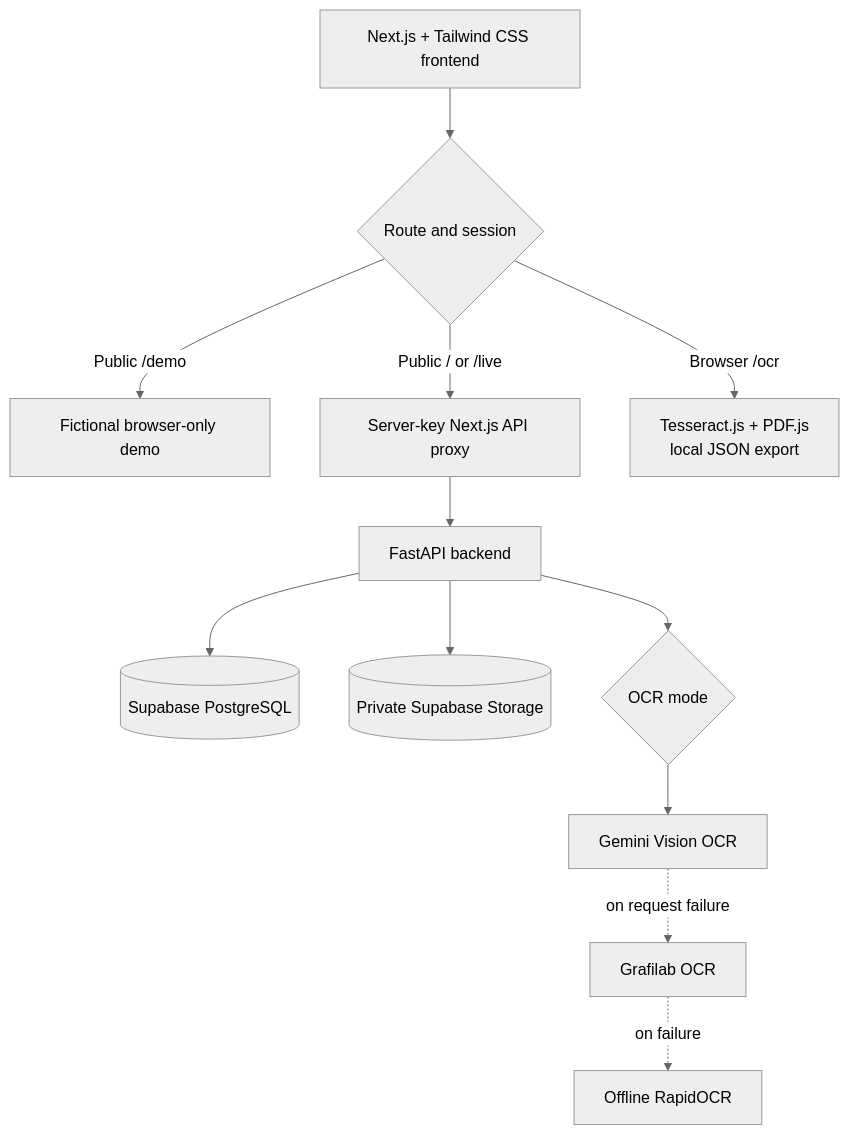
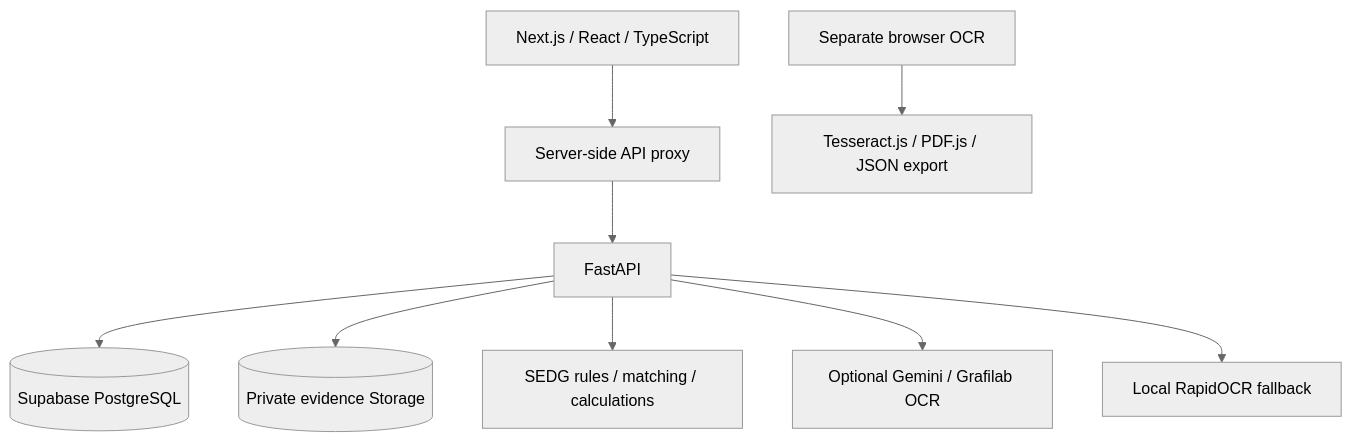
The second of 2 diagrams in README.md (nestchao/ESG-Passport), drawn with Mermaid (neutral theme) before and after one commit. The commit also changed other lines of this file, not shown here.

````diff
--- a/README.md
+++ b/README.md
@@ -117,15 +145,11 @@
 ```mermaid
 flowchart TB
-    Browser["Next.js + Tailwind CSS frontend"] --> Gate{"Route and session"}
-    Gate -->|"Public /demo"| Demo["Fictional browser-only demo"]
-
-    Gate -->|"Public / or /live"| Proxy["Server-key Next.js API proxy"]
-    Proxy --> API["FastAPI backend"]
-    API --> DB[("Supabase PostgreSQL")]
-    API --> Files[("Private Supabase Storage")]
-    API --> OCR{"OCR mode"}
-    OCR --> Gemini["Gemini Vision OCR"]
-    Gemini -. "on request failure" .-> Grafilab["Grafilab OCR"]
-    Grafilab -. "on failure" .-> Rapid["Offline RapidOCR"]
-    Gate -->|"Browser /ocr"| Local["Tesseract.js + PDF.js<br/>local JSON export"]
+    UI[Next.js / React / TypeScript] --> Proxy[Server-side API proxy]
+    Proxy --> API[FastAPI]
+    API --> DB[(Supabase PostgreSQL)]
+    API --> Store[(Private evidence Storage)]
+    API --> Rules[SEDG rules / matching / calculations]
+    API --> Remote[Optional Gemini / Grafilab OCR]
+    API --> CPU[Local RapidOCR fallback]
+    BrowserOCR[Separate browser OCR] --> Local[Tesseract.js / PDF.js / JSON export]
 ```
````
